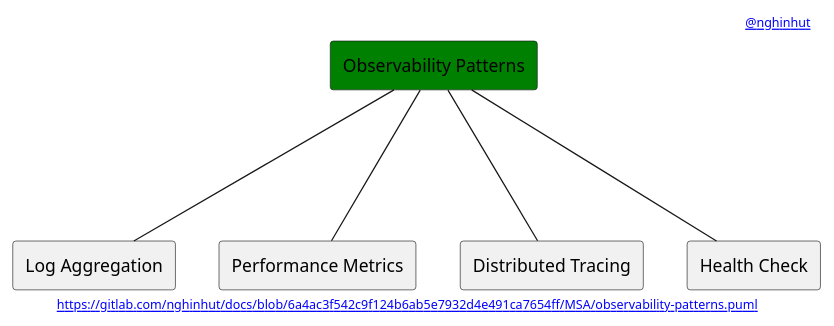
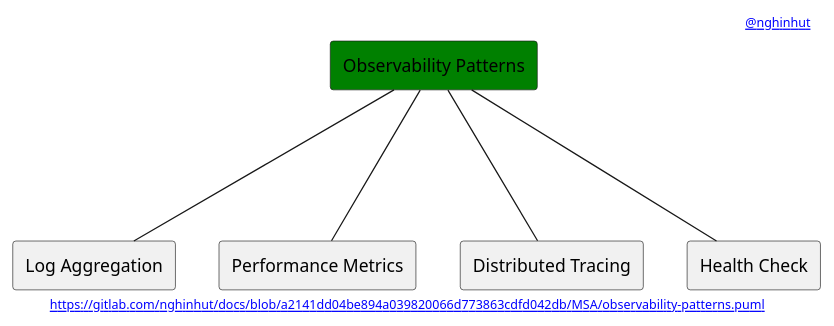
Before and after one commit to nghinhut/docs: the diagram in MSA/observability-patterns.puml, drawn with PlantUML. The commit also changed 17 other files, not shown here.

Commit message:
Update diagrams

```diff
--- a/MSA/observability-patterns.puml
+++ b/MSA/observability-patterns.puml
@@ -1,18 +1,18 @@
 @startuml
 '-----START auto generated metadata please keep comment here to allow auto update-----
 '-----DON'T EDIT THIS SECTION, INSTEAD RE-RUN prebuild.sh TO UPDATE-----
-header [[www.nghinhut.dev?from=https%5C%3A%5C%2F%5C%2Fgitlab%5C.com%5C%2Fnghinhut%5C%2Fdocs%5C%2Fblob%5C%2F6a4ac3f542c9f124b6ab5e7932d4e491ca7654ff%5C%2FMSA%5C%2Fobservability-patterns%5C.puml%0A @nghinhut]]
-footer [[http://www.plantuml.com/plantuml/proxy?fmt=svg&src=https://gitlab.com/nghinhut/docs/raw/6a4ac3f542c9f124b6ab5e7932d4e491ca7654ff/MSA/observability-patterns.puml https://gitlab.com/nghinhut/docs/blob/6a4ac3f542c9f124b6ab5e7932d4e491ca7654ff/MSA/observability-patterns.puml]]
+header [[https://www.nghinhut.dev?from=http%5C%3A%5C%2F%5C%2Fwww%5C.plantuml%5C.com%5C%2Fplantuml%5C%2Fproxy%3Ffmt%3Dsvg%5C%26src%3Dhttps%5C%3A%5C%2F%5C%2Fgitlab%5C.com%5C%2Fnghinhut%5C%2Fdocs%5C%2Fraw%5C%2Fa2141dd04be894a039820066d773863cdfd042db%5C%2FMSA%5C%2Fobservability-patterns%5C.puml%0A @nghinhut]]
+footer [[http://www.plantuml.com/plantuml/proxy?fmt=svg&src=https://gitlab.com/nghinhut/docs/raw/a2141dd04be894a039820066d773863cdfd042db/MSA/observability-patterns.puml https://gitlab.com/nghinhut/docs/blob/a2141dd04be894a039820066d773863cdfd042db/MSA/observability-patterns.puml]]
 '-----END auto generated metadata please keep comment here to allow auto update-----
 
 rectangle "Observability Patterns" as Observability #green
 
 rectangle "Log Aggregation" as ObservabilityP1
 rectangle "Performance Metrics" as ObservabilityP2
 rectangle "Distributed Tracing" as ObservabilityP3
 rectangle "Health Check" as ObservabilityP4
 Observability --- ObservabilityP1
 Observability --- ObservabilityP2
 Observability --- ObservabilityP3
 Observability --- ObservabilityP4
 @enduml
```
